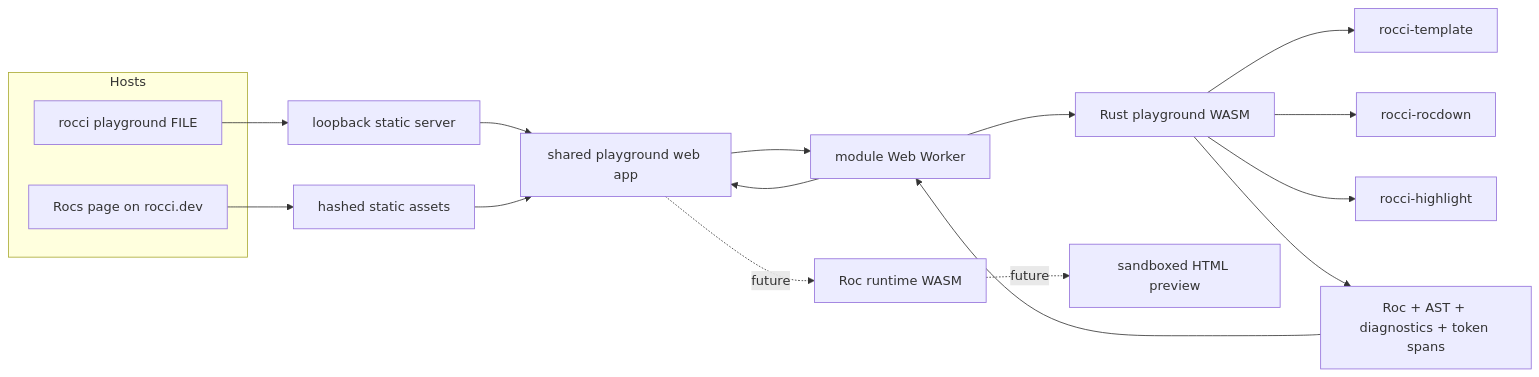
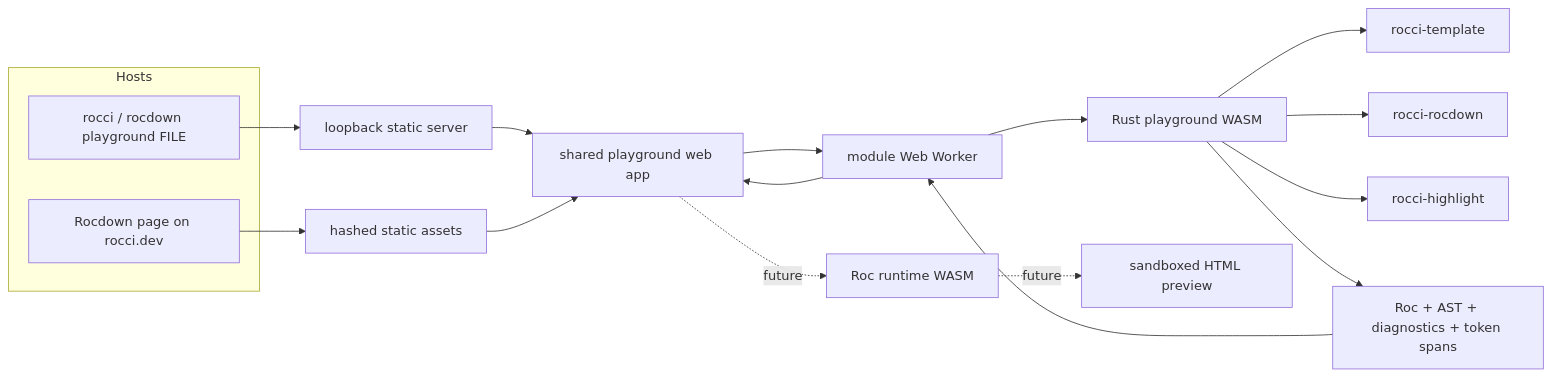
One commit to koliyo/rocci changed the diagram in ROCCI_PLAYGROUND_IMPLEMENTATION_PLAN.md. Above: the diagram before and after it, drawn with Mermaid. The commit also changed other lines of this file and 32 other files, not shown here.

````diff
--- a/ROCCI_PLAYGROUND_IMPLEMENTATION_PLAN.md
+++ b/ROCCI_PLAYGROUND_IMPLEMENTATION_PLAN.md
@@ -170,22 +173,22 @@
 ```mermaid
 flowchart LR
     subgraph Hosts
-        CLI["rocci playground FILE"]
-        SITE["Rocs page on rocci.dev"]
+        CLI["rocci / rocdown playground FILE"]
+        SITE["Rocdown page on rocci.dev"]
     end
 
     CLI --> HTTP["loopback static server"]
     SITE --> CDN["hashed static assets"]
     HTTP --> UI["shared playground web app"]
     CDN --> UI
     UI --> WORKER["module Web Worker"]
     WORKER --> RWASM["Rust playground WASM"]
     RWASM --> TEMPLATE["rocci-template"]
     RWASM --> ROCDOWN["rocci-rocdown"]
     RWASM --> HIGHLIGHT["rocci-highlight"]
     RWASM --> RESULT["Roc + AST + diagnostics + token spans"]
     RESULT --> WORKER
     WORKER --> UI
     UI -. future .-> ROCWASM["Roc runtime WASM"]
     ROCWASM -. future .-> FRAME["sandboxed HTML preview"]
 ```
````
